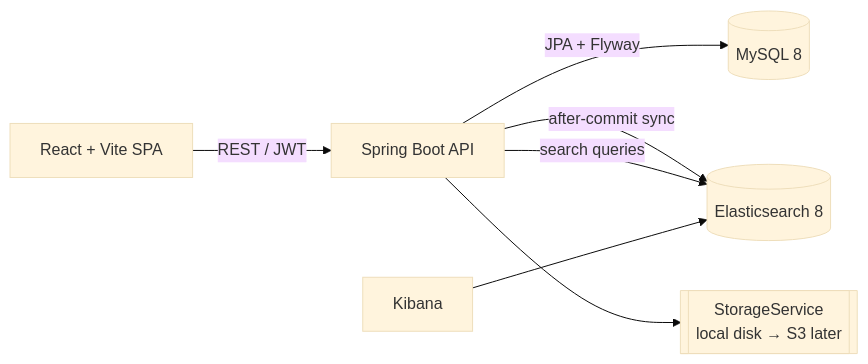
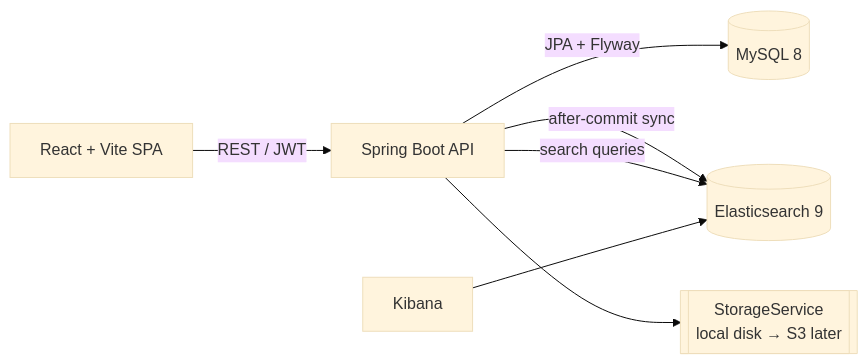
Before and after one commit to bhuvanesh-kp/Review: the diagram in docs/PLAN.md, drawn with Mermaid (base theme). The commit also changed 20 other files, not shown here.

````diff
--- a/docs/PLAN.md
+++ b/docs/PLAN.md
@@ -21,9 +21,9 @@
 ```mermaid
 flowchart LR
     UI[React + Vite SPA] -->|REST / JWT| API[Spring Boot API]
     API -->|JPA + Flyway| DB[(MySQL 8)]
-    API -->|after-commit sync| ES[(Elasticsearch 8)]
+    API -->|after-commit sync| ES[(Elasticsearch 9)]
     API -->|search queries| ES
     KB[Kibana] --> ES
     API --> FS[[StorageService<br/>local disk → S3 later]]
 ```
````
